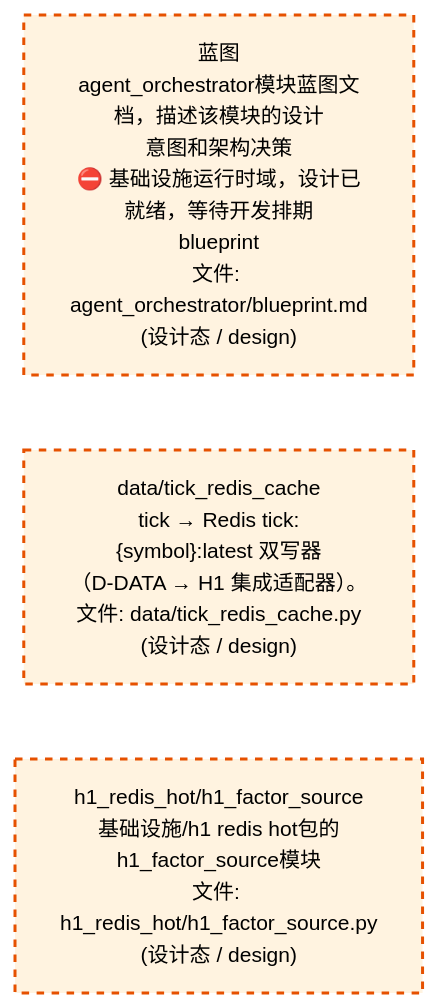
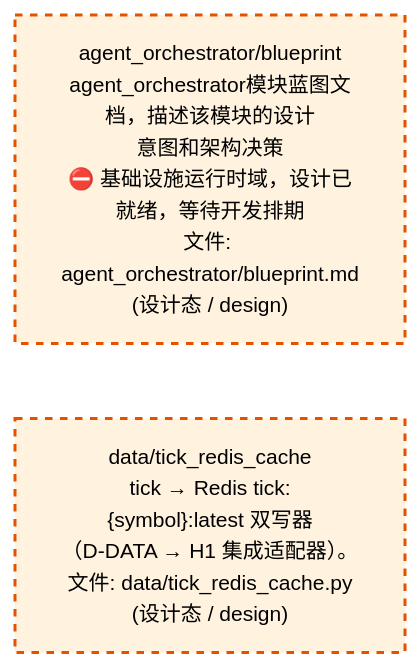
Before and after one commit to xuanFelixVan/ZephyrAlpha: the third of 4 diagrams in docs/02_enterprise_architecture/02_domain_architecture_docs/06_d_infra_runtime.md, drawn with Mermaid. The commit also changed other lines of this file and 58 other files, not shown here.

````diff
--- a/docs/02_enterprise_architecture/02_domain_architecture_docs/06_d_infra_runtime.md
+++ b/docs/02_enterprise_architecture/02_domain_architecture_docs/06_d_infra_runtime.md
@@ -1093,14 +1096,12 @@
 ```mermaid
 %%{init: {'theme': 'base', 'themeVariables': {'primaryColor': '#eaeaea', 'primaryTextColor': '#333333', 'primaryBorderColor': '#666666', 'lineColor': '#666666', 'secondaryColor': '#eaeaea', 'tertiaryColor': '#eaeaea', 'fontSize': '14px'}}}%%
 flowchart TD
-    docs_03_modules_cross_layer_agent_orchestrator_blueprint_md["蓝图<br/>agent_orchestrator模块蓝图文档，描述该模块的设计<br/>意图和架构决策<br/>⛔ 基础设施运行时域，设计已就绪，等待开发排期<br/>blueprint<br/>文件: agent_orchestrator/blueprint.md<br/>(设计态 / design)"]
+    docs_03_modules_cross_layer_agent_orchestrator_blueprint_md["agent_orchestrator/blueprint<br/>agent_orchestrator模块蓝图文档，描述该模块的设计<br/>意图和架构决策<br/>⛔ 基础设施运行时域，设计已就绪，等待开发排期<br/>文件: agent_orchestrator/blueprint.md<br/>(设计态 / design)"]
     src_zephyr_data_tick_redis_cache_py["data/tick_redis_cache<br/>tick → Redis tick:{symbol}:latest 双写器<br/>（D-DATA → H1 集成适配器）。<br/>文件: data/tick_redis_cache.py<br/>(设计态 / design)"]
-    src_zephyr_infrastructure_h1_redis_hot_h1_factor_source_py["h1_redis_hot/h1_factor_source<br/>基础设施/h1 redis hot包的h1_factor_source模块<br/>文件: h1_redis_hot/h1_factor_source.py<br/>(设计态 / design)"]
     docs_03_modules_cross_layer_agent_orchestrator_blueprint_md ~~~ src_zephyr_data_tick_redis_cache_py
-    src_zephyr_data_tick_redis_cache_py ~~~ src_zephyr_infrastructure_h1_redis_hot_h1_factor_source_py
     classDef production fill:#e1f5fe,stroke:#01579b,stroke-width:2px,color:#000
     classDef design fill:#fff3e0,stroke:#e65100,stroke-width:2px,color:#000,stroke-dasharray: 5 5
     classDef external_prod fill:#e8f4fd,stroke:#0277bd,stroke-width:1px,color:#000
     classDef external_design fill:#fff8e7,stroke:#ef6c00,stroke-width:1px,color:#000,stroke-dasharray: 5 5
-    class docs_03_modules_cross_layer_agent_orchestrator_blueprint_md,src_zephyr_data_tick_redis_cache_py,src_zephyr_infrastructure_h1_redis_hot_h1_factor_source_py design
+    class docs_03_modules_cross_layer_agent_orchestrator_blueprint_md,src_zephyr_data_tick_redis_cache_py design
 ```
````
